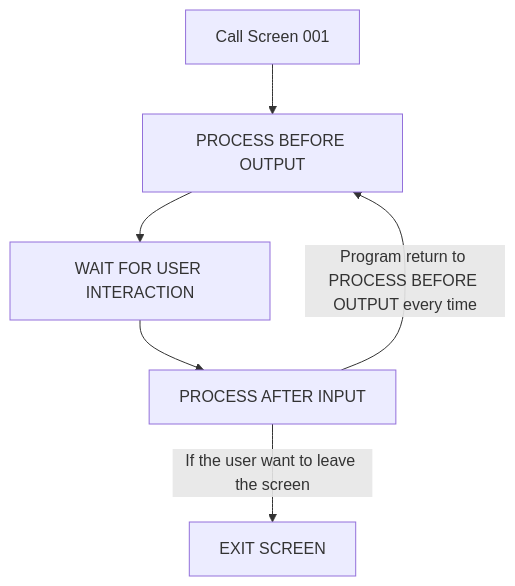
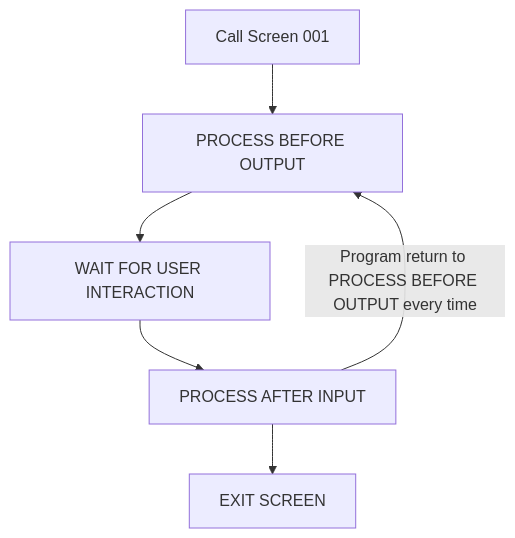
Before and after one commit to Fabeure/ABAP-Initiation: the diagram in Exercice4.md, drawn with Mermaid.

````diff
--- a/Exercice4.md
+++ b/Exercice4.md
@@ -37,8 +37,8 @@
     ``` mermaid
       graph TD;
             A[Call Screen 001]-->B[PROCESS BEFORE OUTPUT];
             B[PROCESS BEFORE OUTPUT]-->C[WAIT FOR USER INTERACTION];
             C[WAIT FOR USER INTERACTION]-->D[PROCESS AFTER INPUT];
             D -- Program return to PROCESS BEFORE OUTPUT every time -->B;
-            D -- If the user want to leave the screen -->E[EXIT SCREEN];
+            D-->E[EXIT SCREEN];
     ```
````
